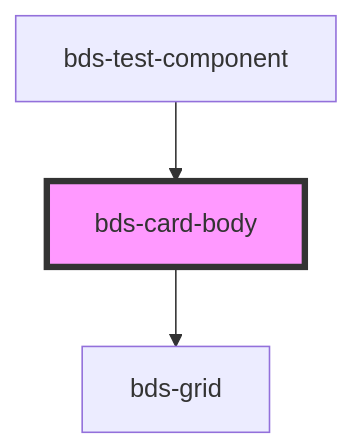
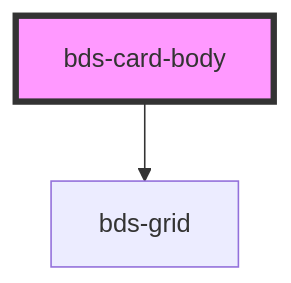
Before and after one commit to takenet/blip-ds: the diagram in src/components/card/card-body/readme.md, drawn with Mermaid. The commit also changed other lines of this file and 15 other files, not shown here.

````diff
--- a/src/components/card/card-body/readme.md
+++ b/src/components/card/card-body/readme.md
@@ -19,6 +15,5 @@
 ```mermaid
 graph TD;
   bds-card-body --> bds-grid
-  bds-test-component --> bds-card-body
   style bds-card-body fill:#f9f,stroke:#333,stroke-width:4px
 ```
````
